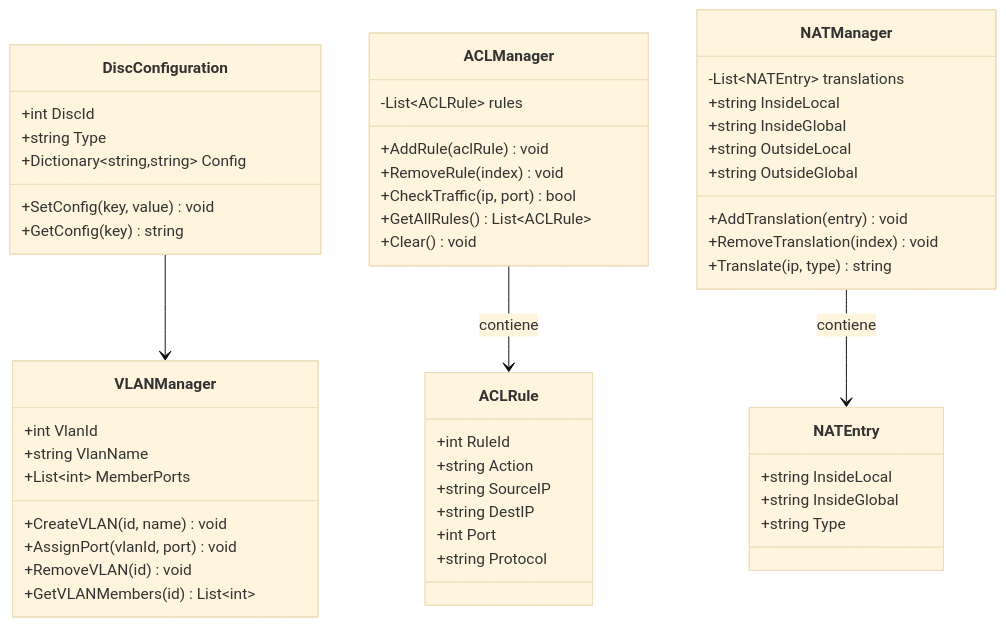
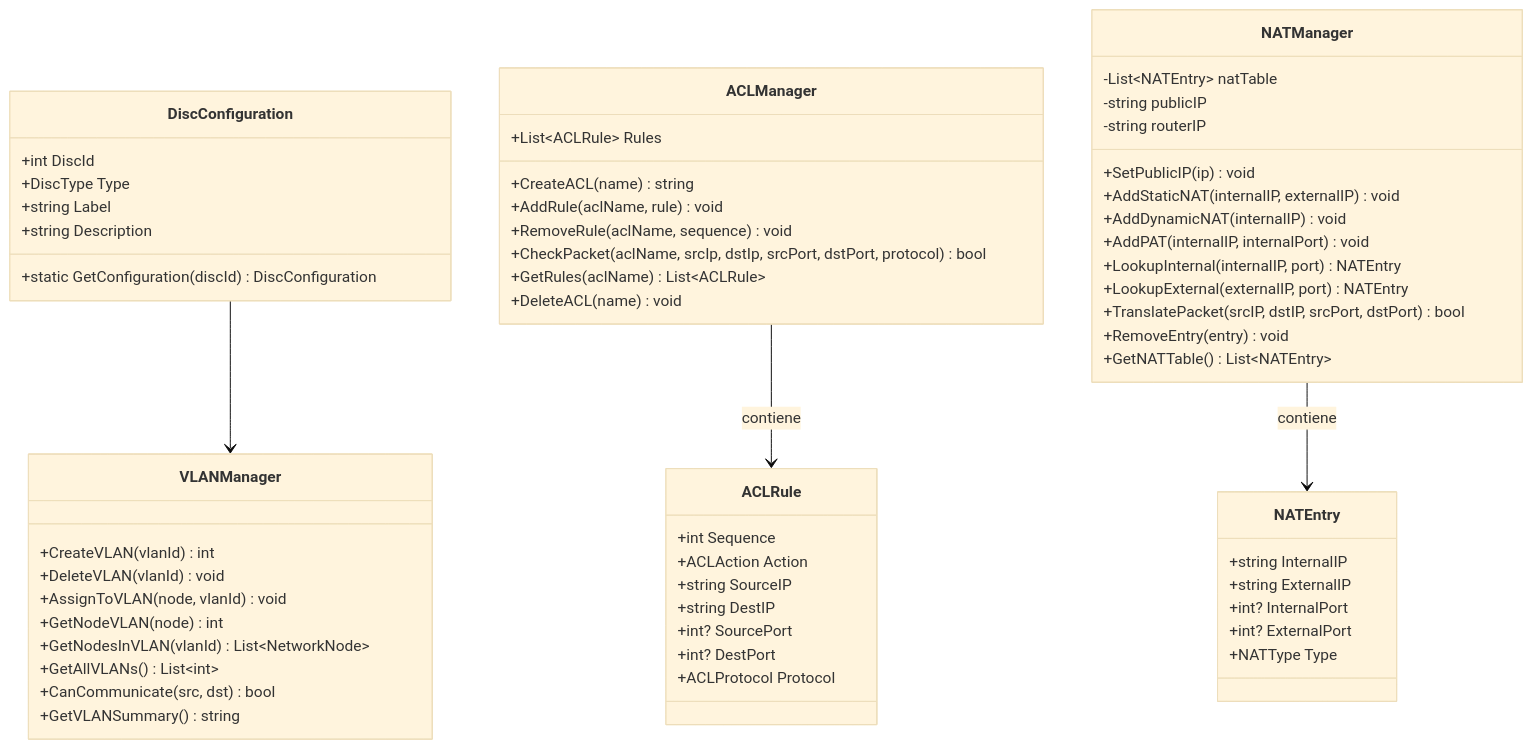
Before and after one commit to Josmarinr/ProyectoGI_SimuladorRedesIDEUM: the third of 3 diagrams in docs/diagrams/mermaid/02-class-network.md, drawn with Mermaid (base theme). The commit also changed other lines of this file and 28 other files, not shown here.

````diff
--- a/docs/diagrams/mermaid/02-class-network.md
+++ b/docs/diagrams/mermaid/02-class-network.md
@@ -110,59 +114,68 @@
 ```mermaid
 classDiagram
     class DiscConfiguration {
         +int DiscId
-        +string Type
-        +Dictionary~string,string~ Config
-        +SetConfig(key, value) void
-        +GetConfig(key) string
+        +DiscType Type
+        +string Label
+        +string Description
+        +static GetConfiguration(discId) DiscConfiguration
     }
 
     class VLANManager {
-        +int VlanId
-        +string VlanName
-        +List~int~ MemberPorts
-        +CreateVLAN(id, name) void
-        +AssignPort(vlanId, port) void
-        +RemoveVLAN(id) void
-        +GetVLANMembers(id) List~int~
+        +CreateVLAN(vlanId) int
+        +DeleteVLAN(vlanId) void
+        +AssignToVLAN(node, vlanId) void
+        +GetNodeVLAN(node) int
+        +GetNodesInVLAN(vlanId) List~NetworkNode~
+        +GetAllVLANs() List~int~
+        +CanCommunicate(src, dst) bool
+        +GetVLANSummary() string
     }
 
     class ACLManager {
-        -List~ACLRule~ rules
-        +AddRule(aclRule) void
-        +RemoveRule(index) void
-        +CheckTraffic(ip, port) bool
-        +GetAllRules() List~ACLRule~
-        +Clear() void
+        +List~ACLRule~ Rules
+        +CreateACL(name) string
+        +AddRule(aclName, rule) void
+        +RemoveRule(aclName, sequence) void
+        +CheckPacket(aclName, srcIp, dstIp, srcPort, dstPort, protocol) bool
+        +GetRules(aclName) List~ACLRule~
+        +DeleteACL(name) void
     }
 
     class ACLRule {
-        +int RuleId
-        +string Action
+        +int Sequence
+        +ACLAction Action
         +string SourceIP
         +string DestIP
-        +int Port
-        +string Protocol
+        +int? SourcePort
+        +int? DestPort
+        +ACLProtocol Protocol
     }
 
     class NATManager {
-        -List~NATEntry~ translations
-        +string InsideLocal
-        +string InsideGlobal
-        +string OutsideLocal
-        +string OutsideGlobal
-        +AddTranslation(entry) void
-        +RemoveTranslation(index) void
-        +Translate(ip, type) string
+        -List~NATEntry~ natTable
+        -string publicIP
+        -string routerIP
+        +SetPublicIP(ip) void
+        +AddStaticNAT(internalIP, externalIP) void
+        +AddDynamicNAT(internalIP) void
+        +AddPAT(internalIP, internalPort) void
+        +LookupInternal(internalIP, port) NATEntry
+        +LookupExternal(externalIP, port) NATEntry
+        +TranslatePacket(srcIP, dstIP, srcPort, dstPort) bool
+        +RemoveEntry(entry) void
+        +GetNATTable() List~NATEntry~
     }
 
     class NATEntry {
-        +string InsideLocal
-        +string InsideGlobal
-        +string Type
+        +string InternalIP
+        +string ExternalIP
+        +int? InternalPort
+        +int? ExternalPort
+        +NATType Type
     }
 
     DiscConfiguration --> VLANManager
     ACLManager --> ACLRule : contiene
     NATManager --> NATEntry : contiene
 ```
````
